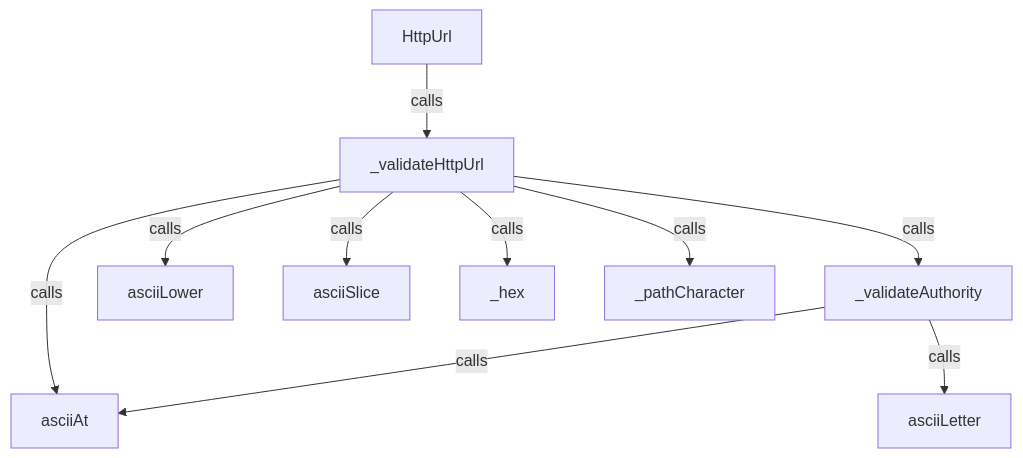
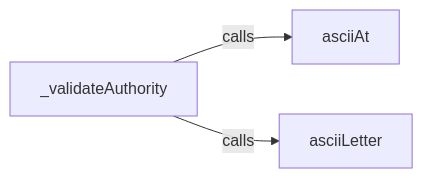
The second of 13 diagrams in src/stdlib/values/urls.aug.diagrams.md (GreenPandaStudios/augscript), drawn with Mermaid before and after one commit. The commit also changed other lines of this file and 304 other files, not shown here.

Commit message:
Make generated data-flow sequences concise and review every diagram

````diff
--- a/src/stdlib/values/urls.aug.diagrams.md
+++ b/src/stdlib/values/urls.aug.diagrams.md
@@ -9,21 +20,8 @@
 ```mermaid
-flowchart TD
+flowchart LR
     n0["asciiAt"]
     n1["asciiLetter"]
-    n2["asciiLower"]
-    n3["asciiSlice"]
-    n4["HttpUrl"]
-    n5["_hex"]
-    n6["_pathCharacter"]
-    n7["_validateAuthority"]
-    n8["_validateHttpUrl"]
-    n4 -->|"calls"| n8
-    n7 -->|"calls"| n0
-    n7 -->|"calls"| n1
-    n8 -->|"calls"| n0
-    n8 -->|"calls"| n2
-    n8 -->|"calls"| n3
-    n8 -->|"calls"| n5
-    n8 -->|"calls"| n6
-    n8 -->|"calls"| n7
+    n2["_validateAuthority"]
+    n2 -->|"calls"| n0
+    n2 -->|"calls"| n1
 ```
````
